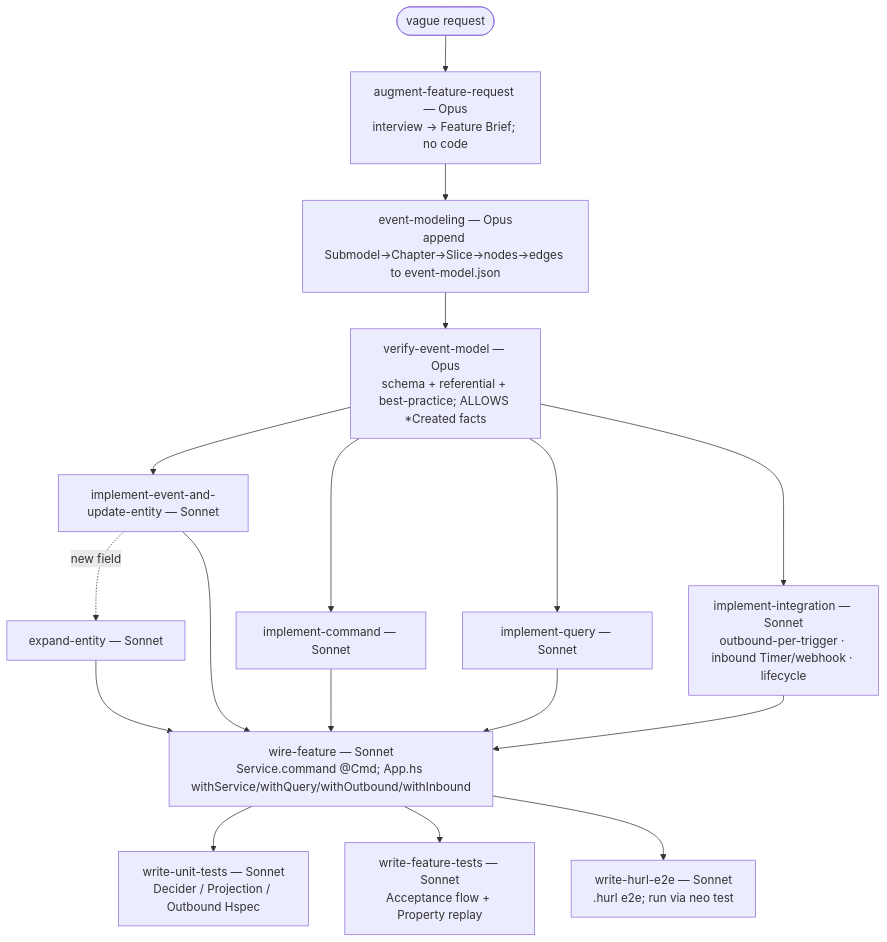
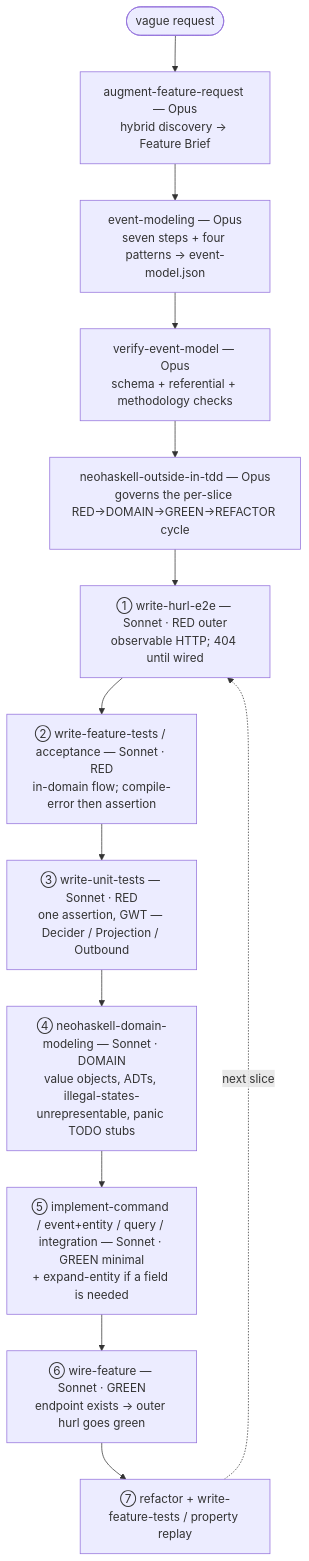
One commit to neohaskell/skills changed the diagram in SPEC.md. Above: the diagram before and after it, drawn with Mermaid. The commit also changed other lines of this file and 2 other files, not shown here.

First line of the commit message:
docs: flip pipeline to outside-in TDD; add tdd + domain-modeling skills

````diff
--- a/SPEC.md
+++ b/SPEC.md
@@ -64,19 +68,15 @@
 ```mermaid
 flowchart TD
-    R(["vague request"]) --> A["augment-feature-request — Opus<br/>interview → Feature Brief; no code"]
-    A --> M["event-modeling — Opus<br/>append Submodel→Chapter→Slice→nodes→edges to event-model.json"]
-    M --> V["verify-event-model — Opus<br/>schema + referential + best-practice; ALLOWS *Created facts"]
-    V --> IE["implement-event-and-update-entity — Sonnet"]
-    V --> IC["implement-command — Sonnet"]
-    V --> IQ["implement-query — Sonnet"]
-    V --> II["implement-integration — Sonnet<br/>outbound-per-trigger · inbound Timer/webhook · lifecycle"]
-    IE -.->|new field| EX["expand-entity — Sonnet"]
-    IC --> W["wire-feature — Sonnet<br/>Service.command @Cmd; App.hs withService/withQuery/withOutbound/withInbound"]
-    IE --> W
-    IQ --> W
-    II --> W
-    EX --> W
-    W --> UT["write-unit-tests — Sonnet<br/>Decider / Projection / Outbound Hspec"]
-    W --> FT["write-feature-tests — Sonnet<br/>Acceptance flow + Property replay"]
-    W --> HE["write-hurl-e2e — Sonnet<br/>.hurl e2e; run via neo test"]
+    R(["vague request"]) --> A["augment-feature-request — Opus<br/>hybrid discovery → Feature Brief"]
+    A --> M["event-modeling — Opus<br/>seven steps + four patterns → event-model.json"]
+    M --> V["verify-event-model — Opus<br/>schema + referential + methodology checks"]
+    V --> OIT["neohaskell-outside-in-tdd — Opus<br/>governs the per-slice RED→DOMAIN→GREEN→REFACTOR cycle"]
+    OIT --> HE["① write-hurl-e2e — Sonnet · RED outer<br/>observable HTTP; 404 until wired"]
+    HE --> FTA["② write-feature-tests / acceptance — Sonnet · RED<br/>in-domain flow; compile-error then assertion"]
+    FTA --> UT["③ write-unit-tests — Sonnet · RED<br/>one assertion, GWT — Decider / Projection / Outbound"]
+    UT --> DM["④ neohaskell-domain-modeling — Sonnet · DOMAIN<br/>value objects, ADTs, illegal-states-unrepresentable, panic TODO stubs"]
+    DM --> IMPL["⑤ implement-command / event+entity / query / integration — Sonnet · GREEN minimal<br/>+ expand-entity if a field is needed"]
+    IMPL --> W["⑥ wire-feature — Sonnet · GREEN<br/>endpoint exists → outer hurl goes green"]
+    W --> RF["⑦ refactor + write-feature-tests / property replay"]
+    RF -.->|next slice| HE
 ```
````
